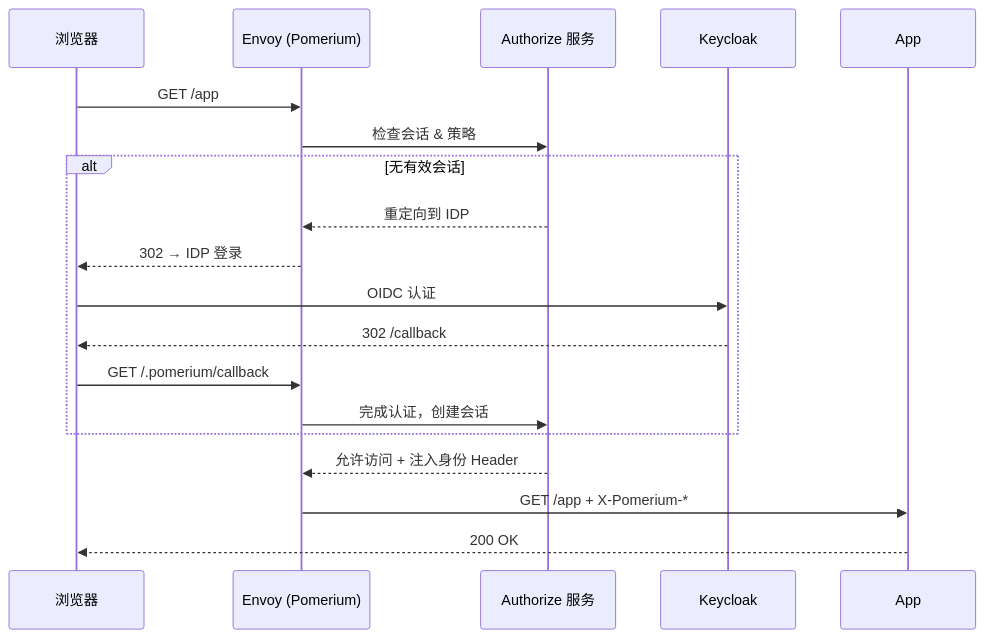
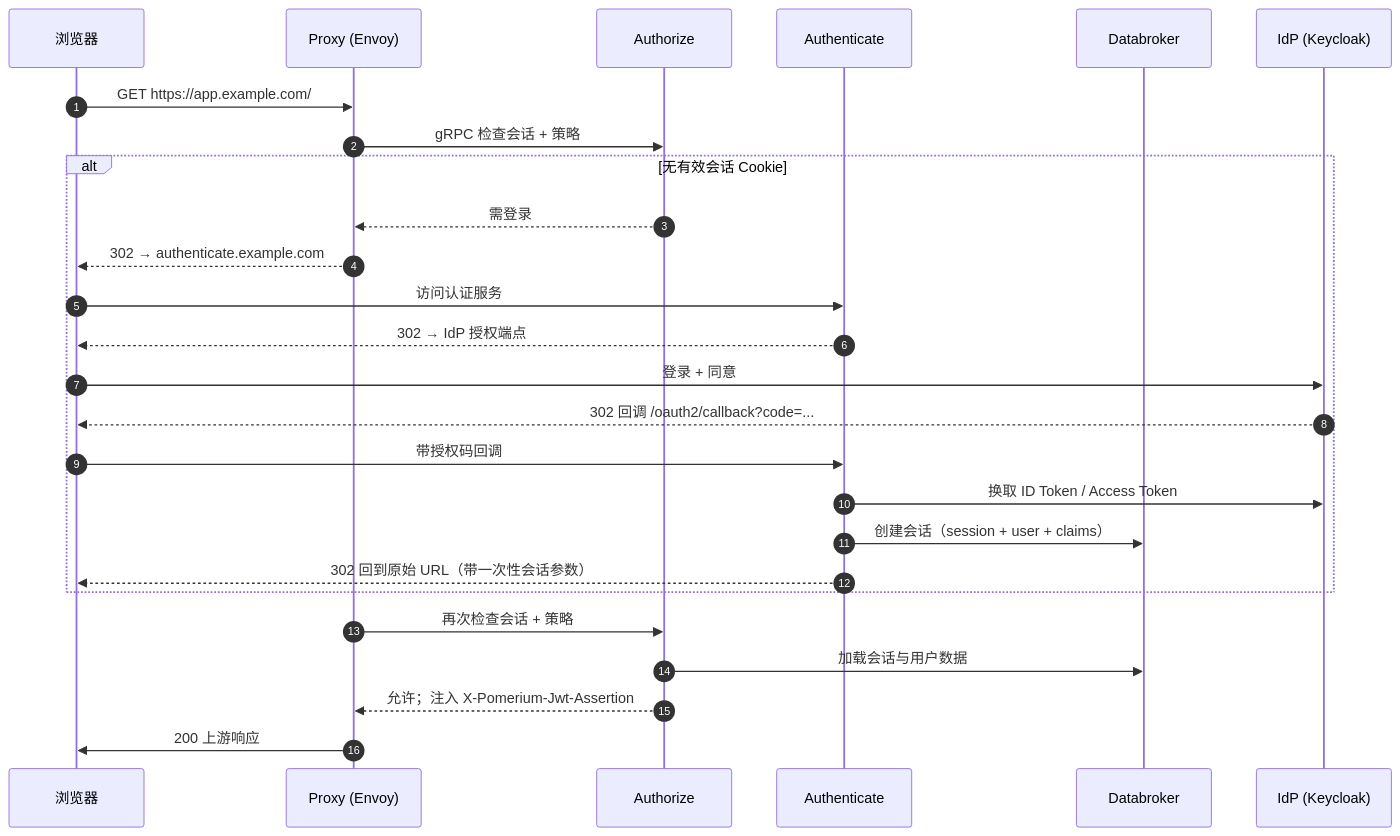
The second of 2 diagrams in content/docs/implementation/pomerium-deep-dive.md (l10178/idaas-book), drawn with Mermaid before and after one commit. The commit also changed other lines of this file and 5 other files, not shown here.

First line of the commit message:
docs: expand Pomerium deep dive around open-source proxy auth (#220)

````diff
--- a/content/docs/implementation/pomerium-deep-dive.md
+++ b/content/docs/implementation/pomerium-deep-dive.md
@@ -82,21 +69,29 @@
 ```mermaid
 sequenceDiagram
-    participant Browser as 浏览器
-    participant Envoy as Envoy (Pomerium)
-    participant Authz as Authorize 服务
-    participant IDP as Keycloak
+    autonumber
+    participant U as 浏览器
+    participant P as Proxy (Envoy)
+    participant A as Authorize
+    participant N as Authenticate
+    participant D as Databroker
+    participant I as IdP (Keycloak)
 
-    Browser->>Envoy: GET /app
-    Envoy->>Authz: 检查会话 & 策略
-    alt 无有效会话
-        Authz-->>Envoy: 重定向到 IDP
-        Envoy-->>Browser: 302 → IDP 登录
-        Browser->>IDP: OIDC 认证
-        IDP-->>Browser: 302 /callback
-        Browser->>Envoy: GET /.pomerium/callback
-        Envoy->>Authz: 完成认证，创建会话
+    U->>P: GET https://app.example.com/
+    P->>A: gRPC 检查会话 + 策略
+    alt 无有效会话 Cookie
+        A-->>P: 需登录
+        P-->>U: 302 → authenticate.example.com
+        U->>N: 访问认证服务
+        N-->>U: 302 → IdP 授权端点
+        U->>I: 登录 + 同意
+        I-->>U: 302 回调 /oauth2/callback?code=...
+        U->>N: 带授权码回调
+        N->>I: 换取 ID Token / Access Token
+        N->>D: 创建会话（session + user + claims）
+        N-->>U: 302 回到原始 URL（带一次性会话参数）
     end
-    Authz-->>Envoy: 允许访问 + 注入身份 Header
-    Envoy->>App: GET /app + X-Pomerium-*
-    App-->>Browser: 200 OK
+    P->>A: 再次检查会话 + 策略
+    A->>D: 加载会话与用户数据
+    A-->>P: 允许；注入 X-Pomerium-Jwt-Assertion
+    P->>U: 200 上游响应
 ```
````
